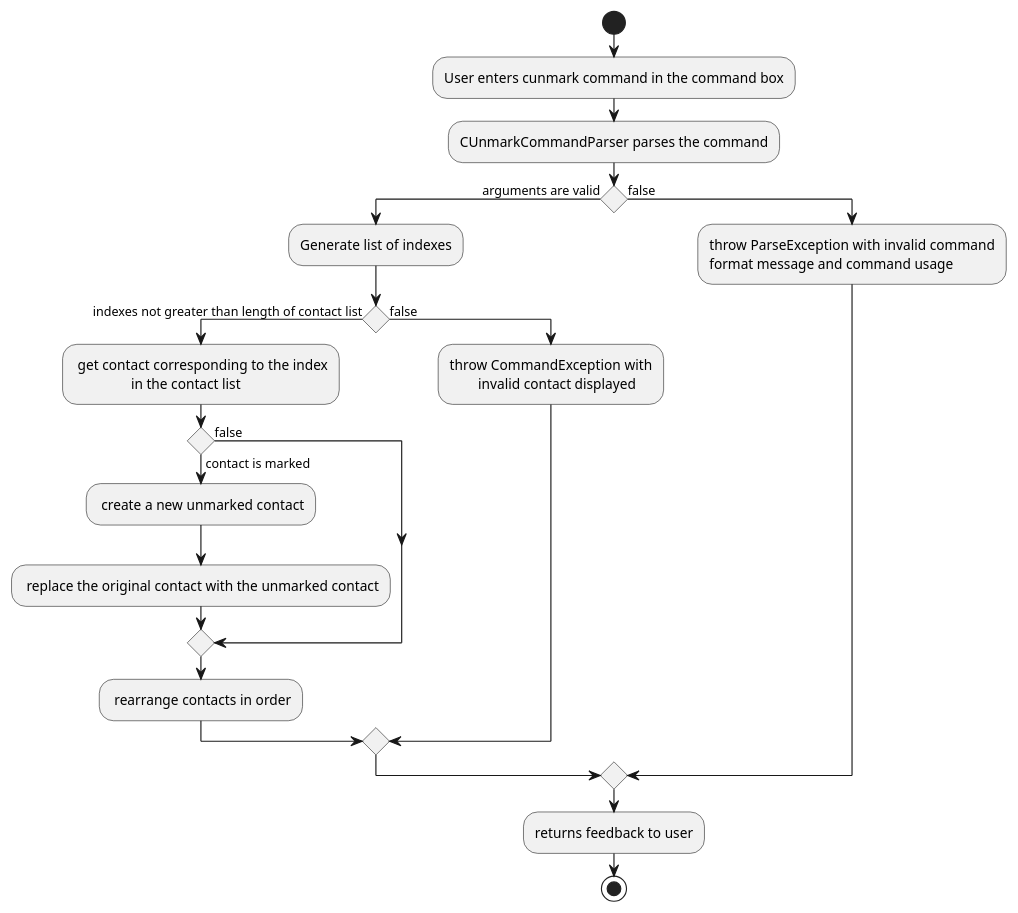
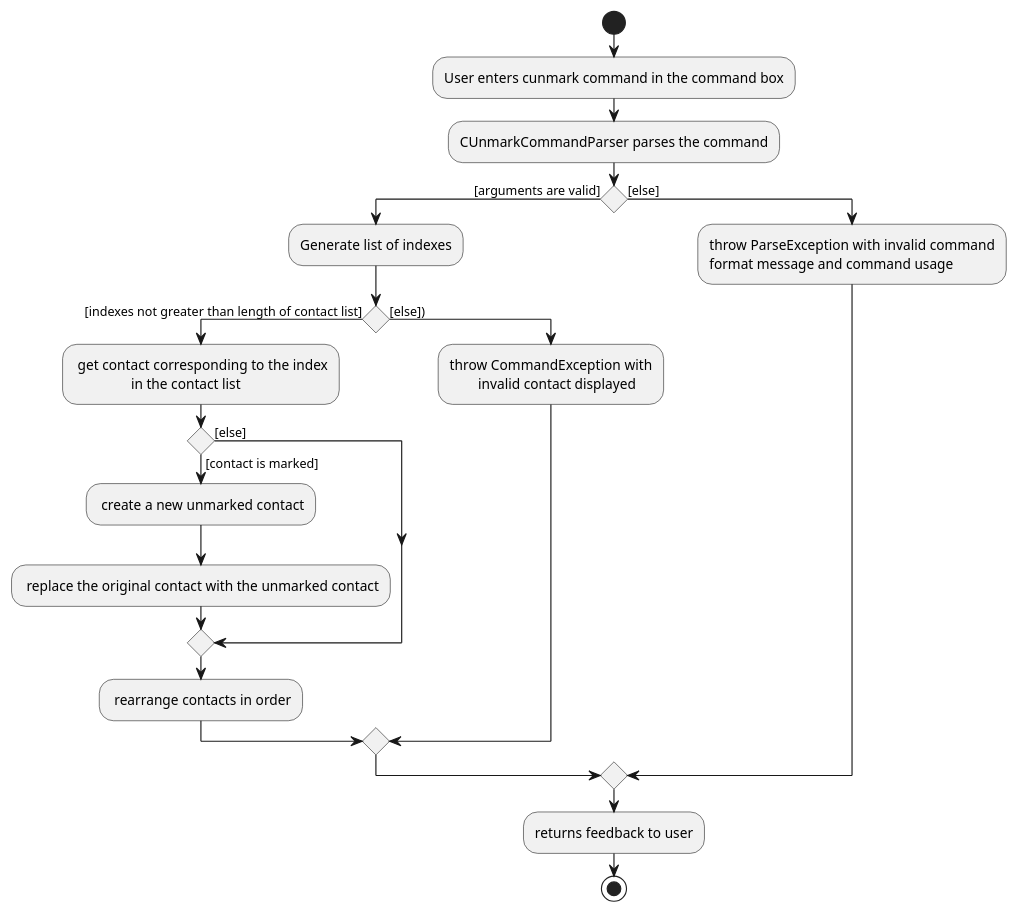
Before and after one commit to xiangjunn/tp: the diagram in docs/diagrams/CUnmarkActivityDiagram.puml, drawn with PlantUML. The commit also changed 4 other files, not shown here.

Commit message:
update uml diagrams

```diff
--- a/docs/diagrams/CUnmarkActivityDiagram.puml
+++ b/docs/diagrams/CUnmarkActivityDiagram.puml
@@ -1,37 +1,37 @@
 @startuml
 'https://plantuml.com/sequence-diagram
 
 start
 :User enters cunmark command in the command box;
 :CUnmarkCommandParser parses the command;
-if () then (arguments are valid)
+if () then ([arguments are valid])
 
     :Generate list of indexes;
 
-    if() then (indexes not greater than length of contact list)
+    if() then ([indexes not greater than length of contact list])
         : get contact corresponding to the index
                         in the contact list;
-        if() then (contact is marked)
+        if() then ([contact is marked])
             : create a new unmarked contact;
             : replace the original contact with the unmarked contact;
 
-            else (false)
+            else ([else])
             endif
 
             : rearrange contacts in order;
 
-    else (false)
+    else ([else]))
         :throw CommandException with
                 invalid contact displayed;
     endif
 
-else (false)
+else ([else])
 :throw ParseException with invalid command
 format message and command usage;
 endif
 
 :returns feedback to user;
 
 stop
 
 @enduml
```
